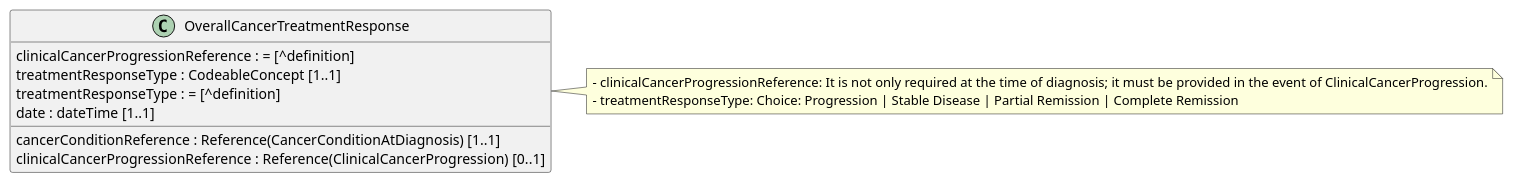
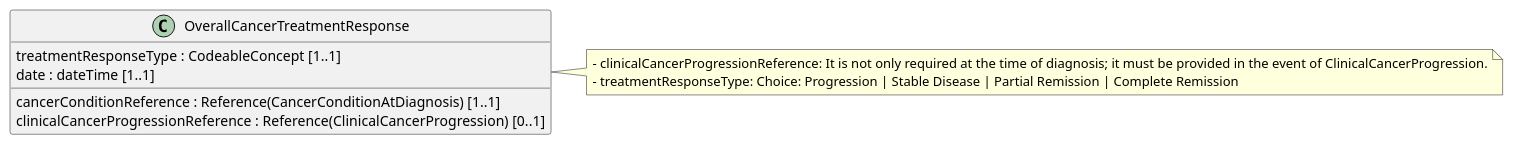
One commit to hl7-eu/cancer-common changed the diagram in input/images-source/OverallCancerTreatmentResponse_LM.plantuml. Above: the diagram before and after it, drawn with PlantUML. The commit also changed 9 other files, not shown here.

Commit message:
cleaned up plantuml model diagrams

```diff
--- a/input/images-source/OverallCancerTreatmentResponse_LM.plantuml
+++ b/input/images-source/OverallCancerTreatmentResponse_LM.plantuml
@@ -1,18 +1,16 @@
 @startuml
 hide empty members
 skinparam classAttributeIconSize 0
 
 class OverallCancerTreatmentResponse {
   cancerConditionReference : Reference(CancerConditionAtDiagnosis) [1..1]
   clinicalCancerProgressionReference : Reference(ClinicalCancerProgression) [0..1]
-  clinicalCancerProgressionReference : = [^definition]
   treatmentResponseType : CodeableConcept [1..1]
-  treatmentResponseType : = [^definition]
   date : dateTime [1..1]
 }
 
 note right of OverallCancerTreatmentResponse
 - clinicalCancerProgressionReference: It is not only required at the time of diagnosis; it must be provided in the event of ClinicalCancerProgression.
 - treatmentResponseType: Choice: Progression | Stable Disease | Partial Remission | Complete Remission
 end note
 @enduml
```
